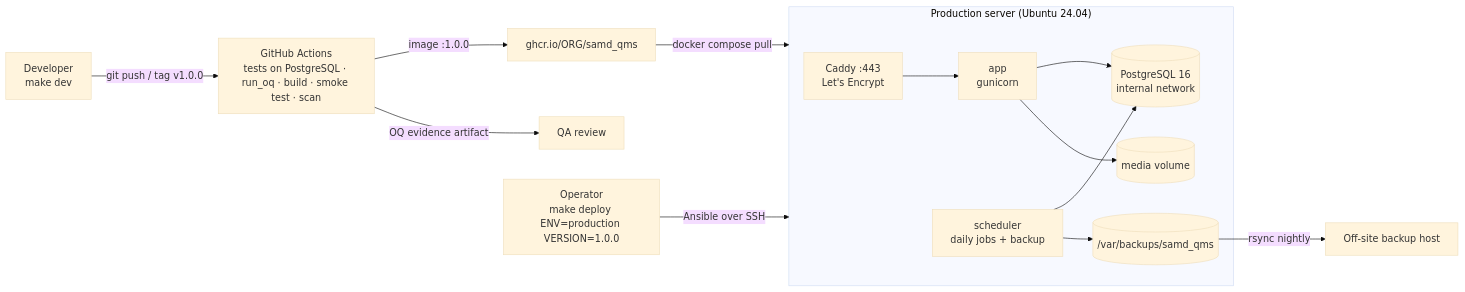
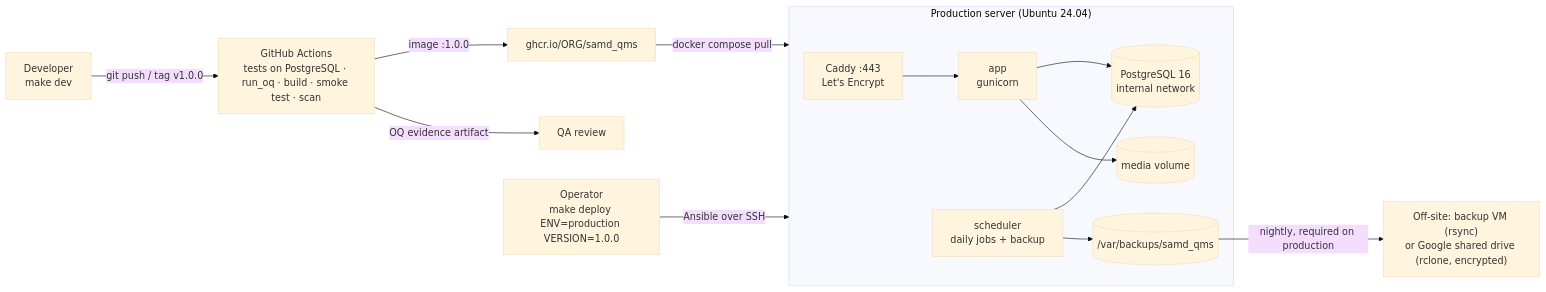
One commit to tartarini/eQMS changed the diagram in docs/deployment.md. Above: the diagram before and after it, drawn with Mermaid (base theme). The commit also changed other lines of this file and 31 other files, not shown here.

````diff
--- a/docs/deployment.md
+++ b/docs/deployment.md
@@ -13,16 +13,16 @@
 ```mermaid
 flowchart LR
     Dev["Developer<br/>make dev"] -->|git push / tag v1.0.0| CI["GitHub Actions<br/>tests on PostgreSQL · run_oq · build · smoke test · scan"]
     CI -->|image :1.0.0| GHCR["ghcr.io/ORG/samd_qms"]
     CI -->|OQ evidence artifact| QA["QA review"]
     Ops["Operator<br/>make deploy ENV=production VERSION=1.0.0"] -->|Ansible over SSH| Server
     GHCR -->|docker compose pull| Server
     subgraph Server["Production server (Ubuntu 24.04)"]
       Caddy["Caddy :443<br/>Let's Encrypt"] --> App["app<br/>gunicorn"]
       Scheduler["scheduler<br/>daily jobs + backup"] --> DB
       App --> DB[("PostgreSQL 16<br/>internal network")]
       App --> Media[("media volume")]
       Scheduler --> Backups[("/var/backups/samd_qms")]
     end
-    Backups -->|rsync nightly| Offsite["Off-site backup host"]
+    Backups -->|nightly, required on production| Offsite["Off-site: backup VM (rsync)<br/>or Google shared drive (rclone, encrypted)"]
 ```
````
